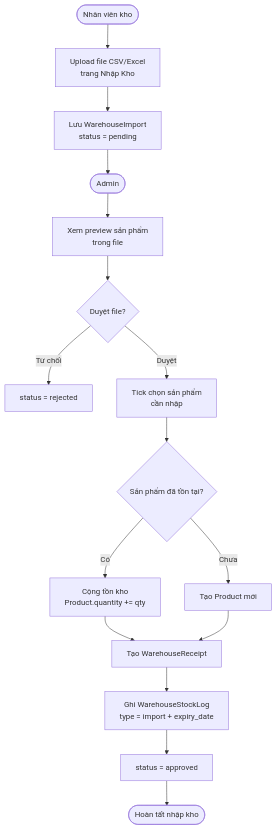
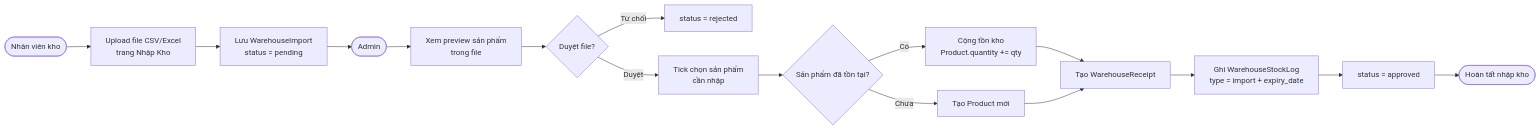
One commit to thien258/luanvantotnghiep changed diagram 14 of 18 in app/Http/doc/diagrams.md. Above: the diagram before and after it, drawn with Mermaid. The commit also changed other lines of this file and 27 other files, not shown here.

````diff
--- a/app/Http/doc/diagrams.md
+++ b/app/Http/doc/diagrams.md
@@ -504,17 +481,17 @@
 ```mermaid
-flowchart TD
+flowchart LR
     A([Nhân viên kho]) --> B[Upload file CSV/Excel\ntrang Nhập Kho]
     B --> C[Lưu WarehouseImport\nstatus = pending]
     C --> D([Admin])
     D --> E[Xem preview sản phẩm\ntrong file]
     E --> F{Duyệt file?}
     F -->|Từ chối| G[status = rejected]
     F -->|Duyệt| H[Tick chọn sản phẩm\ncần nhập]
     H --> I{Sản phẩm đã tồn tại?}
     I -->|Có| J[Cộng tồn kho\nProduct.quantity += qty]
     I -->|Chưa| K[Tạo Product mới]
     J & K --> L[Tạo WarehouseReceipt]
     L --> M[Ghi WarehouseStockLog\ntype = import + expiry_date]
     M --> N[status = approved]
     N --> O([Hoàn tất nhập kho])
 ```
````
